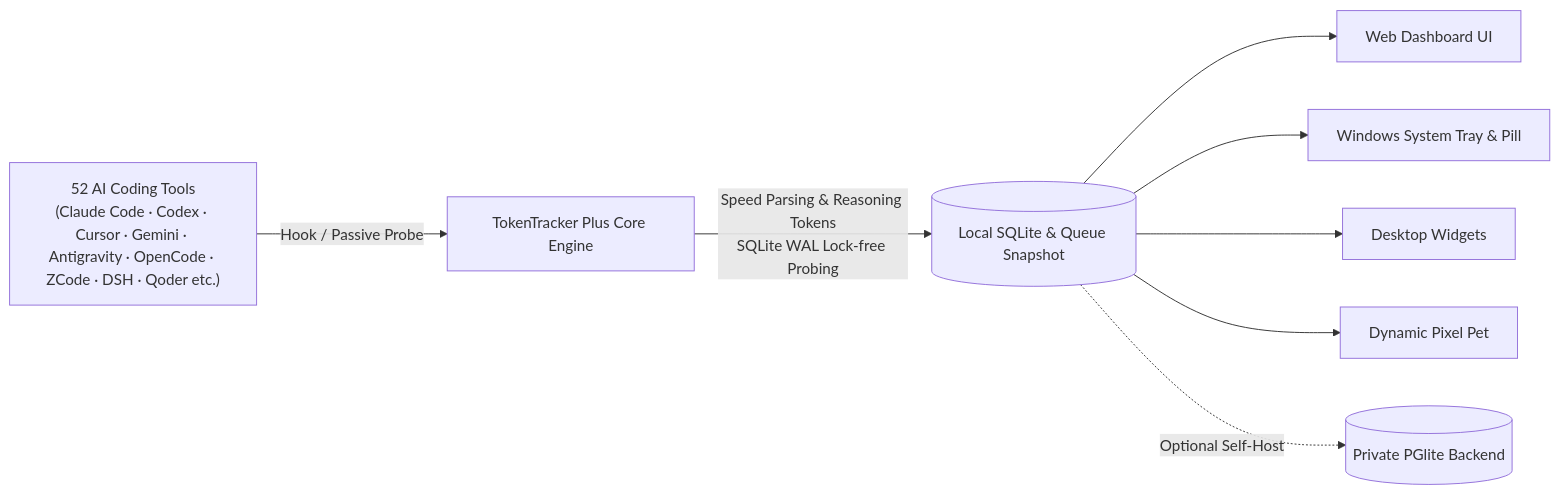
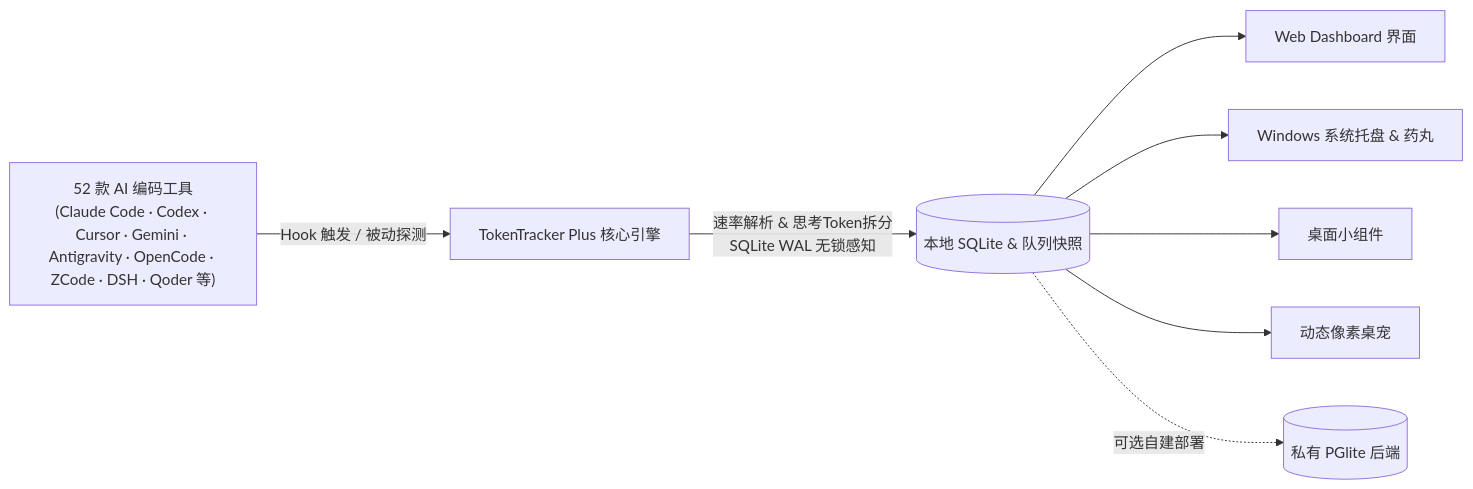
The diagram in README.md (01UNCLEDOG01/TokenTracker-Plus), drawn with Mermaid before and after one commit. The commit also changed other lines of this file and 18 other files, not shown here.

````diff
--- a/README.md
+++ b/README.md
@@ -195,10 +197,10 @@
 ```mermaid
 flowchart LR
-    A["52 AI Coding Tools<br/>(Claude Code · Codex · Cursor · Gemini · Antigravity · OpenCode · ZCode · DSH · Qoder etc.)"] -->|Hook / Passive Probe| B[TokenTracker Plus Core Engine]
-    B -->|Speed Parsing & Reasoning Tokens<br/>SQLite WAL Lock-free Probing| C[(Local SQLite & Queue Snapshot)]
-    C --> D[Web Dashboard UI]
-    C --> E[Windows System Tray & Pill]
-    C --> F[Desktop Widgets]
-    C --> G[Dynamic Pixel Pet]
-    C -.->|Optional Self-Host| H[(Private PGlite Backend)]
+    A["52 款 AI 编码工具<br/>(Claude Code · Codex · Cursor · Gemini · Antigravity · OpenCode · ZCode · DSH · Qoder 等)"] -->|Hook 触发 / 被动探测| B[TokenTracker Plus 核心引擎]
+    B -->|速率解析 & 思考Token拆分<br/>SQLite WAL 无锁感知| C[(本地 SQLite & 队列快照)]
+    C --> D[Web Dashboard 界面]
+    C --> E[Windows 系统托盘 & 药丸]
+    C --> F[桌面小组件]
+    C --> G[动态像素桌宠]
+    C -.->|可选自建部署| H[(私有 PGlite 后端)]
 ```
````
